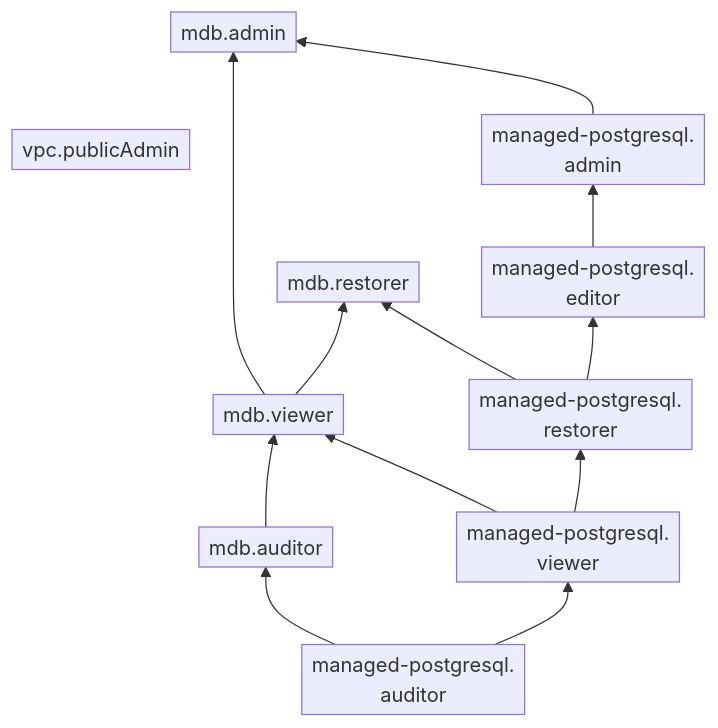
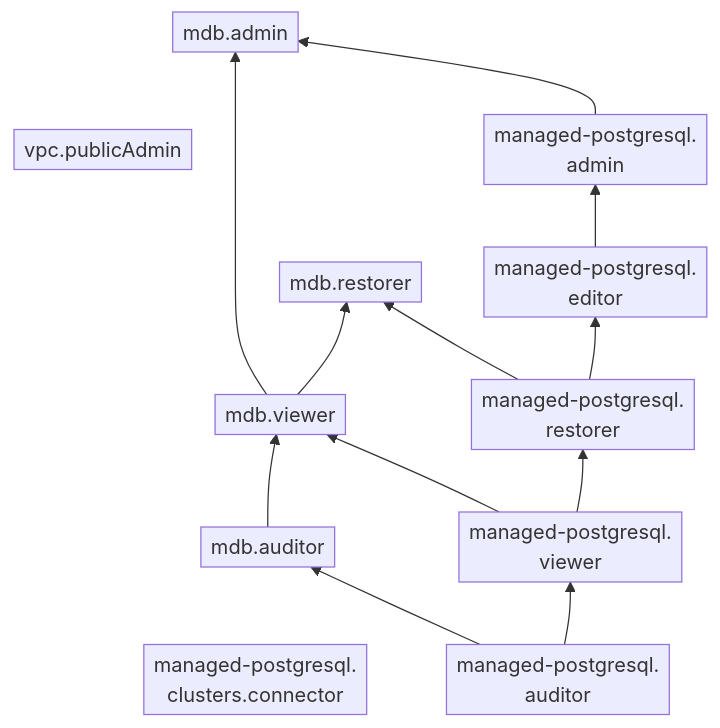
One commit to yandex-cloud/docs changed the diagram in ru/_mermaid/roles/managed-postgresql.md. Above: the diagram before and after it, drawn with Mermaid. The commit also changed 3721 other files, not shown here.

````diff
--- a/ru/_mermaid/roles/managed-postgresql.md
+++ b/ru/_mermaid/roles/managed-postgresql.md
@@ -1,21 +1,23 @@
 ```mermaid
 %%{init: { "flowchart": { "padding": 4 } } }%%
 flowchart BT
+    managed-postgresql.clusters.connector["`managed-postgresql.
+    clusters.connector`"] ~~~ mdb.auditor
     vpc.publicAdmin ~~~ mdb.admin
     mdb.viewer --> mdb.admin
     mdb.auditor --> mdb.viewer
     mdb.viewer --> mdb.restorer
     managed-postgresql.auditor["`managed-postgresql.
     auditor`"] --> mdb.auditor
     managed-postgresql.viewer["`managed-postgresql.
     viewer`"] --> mdb.viewer
     managed-postgresql.restorer["`managed-postgresql.
     restorer`"] --> mdb.restorer
     managed-postgresql.admin["`managed-postgresql.
     admin`"] --> mdb.admin
     managed-postgresql.editor["`managed-postgresql.
     editor`"] --> managed-postgresql.admin
     managed-postgresql.viewer --> managed-postgresql.restorer
     managed-postgresql.restorer --> managed-postgresql.editor
     managed-postgresql.auditor --> managed-postgresql.viewer
 ```
````
